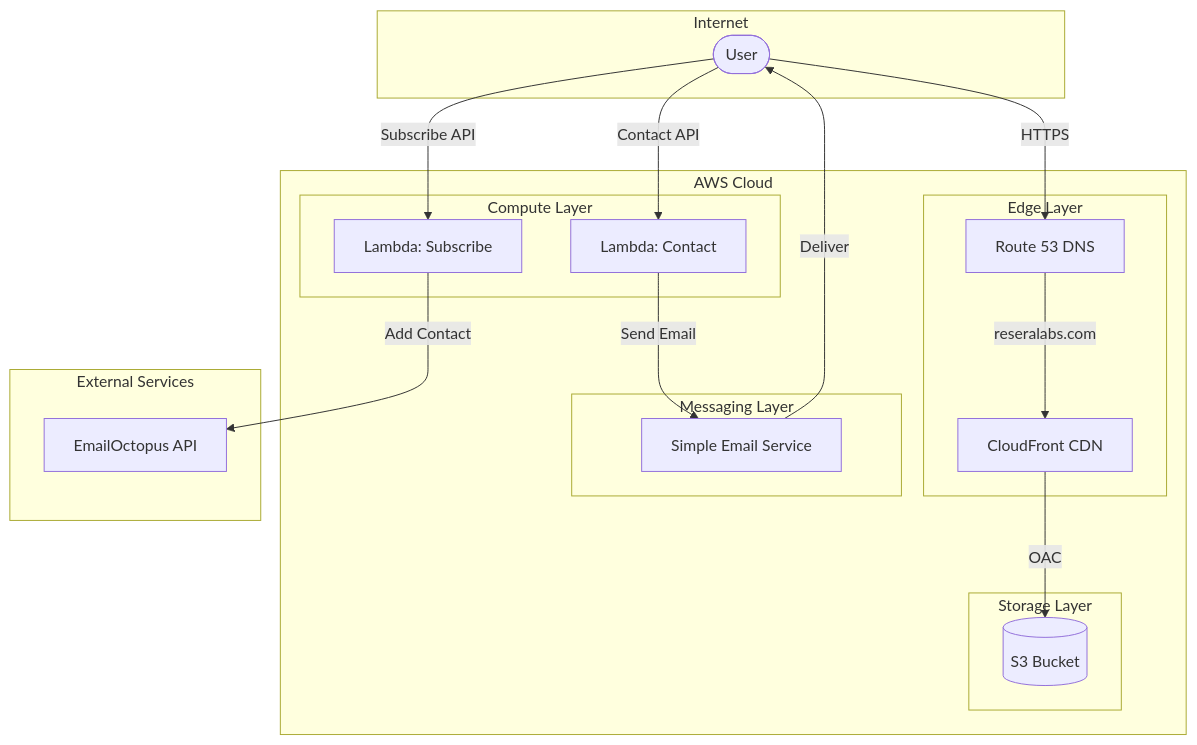
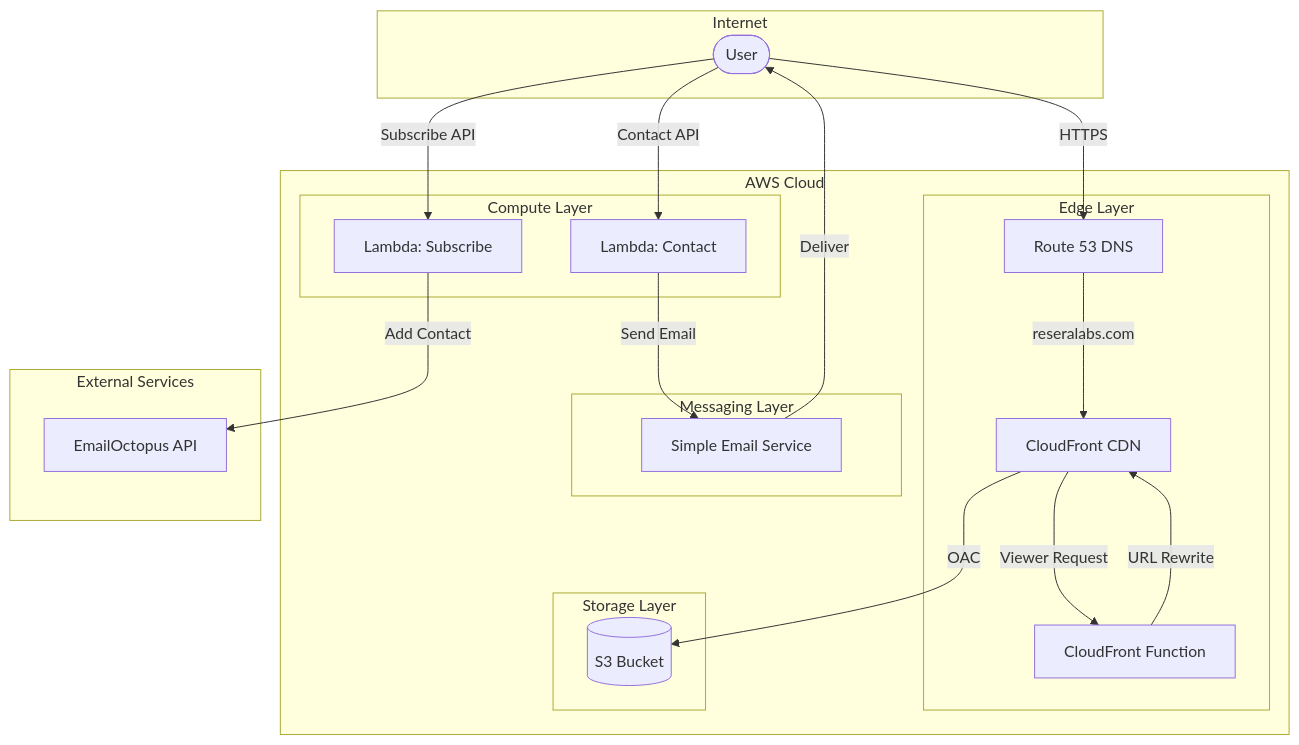
The first of 3 diagrams in README.md (geoffhtaylor3d/reseralabs-website), drawn with Mermaid before and after one commit. The commit also changed other lines of this file and 1 other file, not shown here.

Commit message:
Add CloudFront Function documentation for URL rewriting

````diff
--- a/README.md
+++ b/README.md
@@ -15,39 +15,42 @@
 ```mermaid
 flowchart TB
     subgraph Internet
         User([User])
     end
 
     subgraph AWS["AWS Cloud"]
         subgraph Edge["Edge Layer"]
             CF[CloudFront CDN]
+            CFF[CloudFront Function]
             R53[Route 53 DNS]
         end
 
         subgraph Storage["Storage Layer"]
             S3[(S3 Bucket)]
         end
 
         subgraph Compute["Compute Layer"]
             Lambda1[Lambda: Subscribe]
             Lambda2[Lambda: Contact]
         end
 
         subgraph Messaging["Messaging Layer"]
             SES[Simple Email Service]
         end
     end
 
     subgraph External["External Services"]
         EO[EmailOctopus API]
     end
 
     User -->|HTTPS| R53
     R53 -->|reseralabs.com| CF
+    CF -->|Viewer Request| CFF
+    CFF -->|URL Rewrite| CF
     CF -->|OAC| S3
     User -->|Subscribe API| Lambda1
     User -->|Contact API| Lambda2
     Lambda1 -->|Add Contact| EO
     Lambda2 -->|Send Email| SES
     SES -->|Deliver| User
 ```
````
